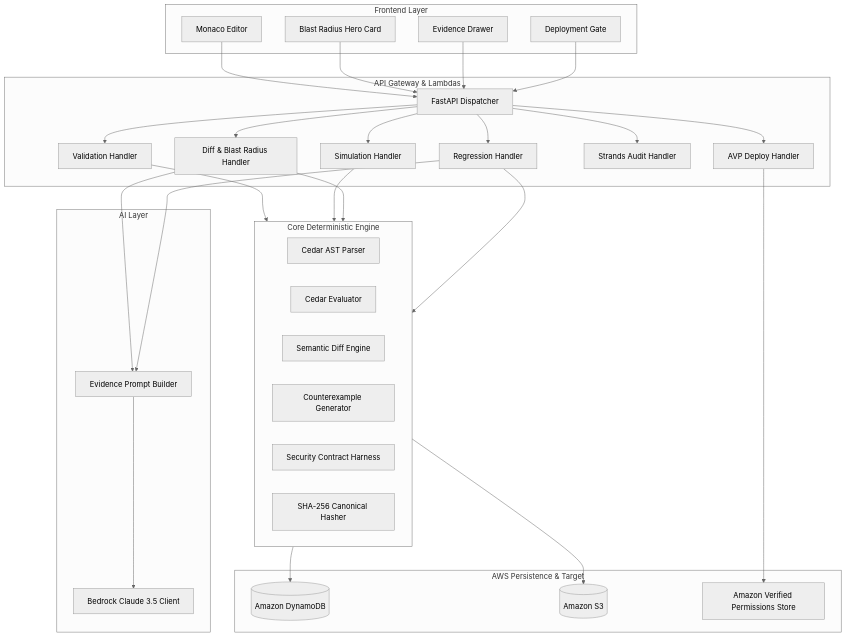
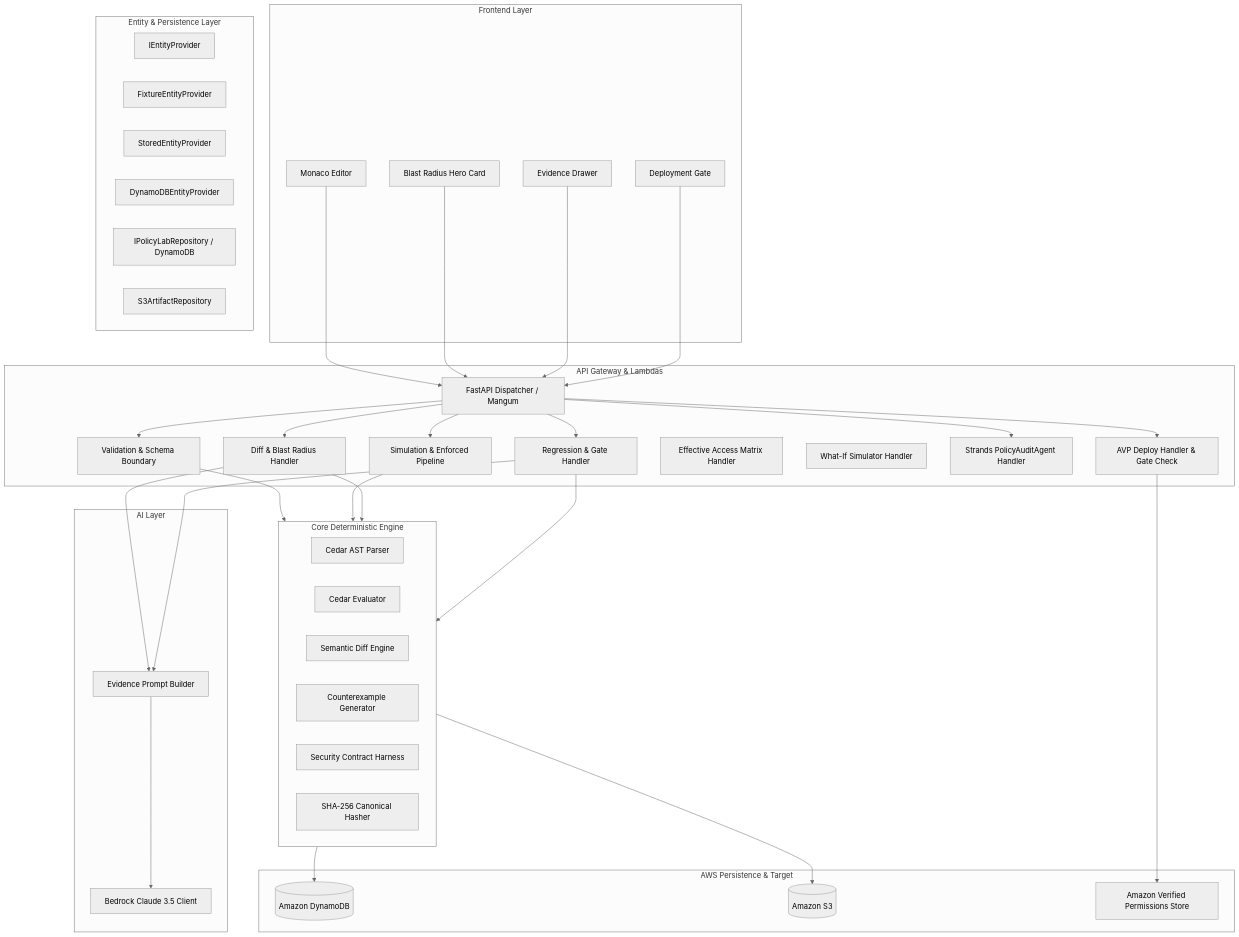
The diagram in docs/ARCHITECTURE.md (CSNEHA20/first_commit), drawn with Mermaid (neutral theme) before and after one commit. The commit also changed 36 other files, not shown here.

````diff
--- a/docs/ARCHITECTURE.md
+++ b/docs/ARCHITECTURE.md
@@ -84,49 +84,60 @@
 ```mermaid
 graph TD
     subgraph Client [Frontend Layer]
         Editor[Monaco Editor]
         HeroCard[Blast Radius Hero Card]
         Drawer[Evidence Drawer]
         GateUI[Deployment Gate]
     end
 
     subgraph API [API Gateway & Lambdas]
-        Router[FastAPI Dispatcher]
-        ValLambda[Validation Handler]
-        SimLambda[Simulation Handler]
+        Router[FastAPI Dispatcher / Mangum]
+        ValLambda[Validation & Schema Boundary]
+        SimLambda[Simulation & Enforced Pipeline]
         DiffLambda[Diff & Blast Radius Handler]
-        RegLambda[Regression Handler]
-        AuditLambda[Strands Audit Handler]
-        DeployLambda[AVP Deploy Handler]
+        RegLambda[Regression & Gate Handler]
+        MatrixLambda[Effective Access Matrix Handler]
+        WhatIfLambda[What-If Simulator Handler]
+        AuditLambda[Strands PolicyAuditAgent Handler]
+        DeployLambda[AVP Deploy Handler & Gate Check]
+    end
+
+    subgraph DataAccess [Entity & Persistence Layer]
+        EntityProv[IEntityProvider]
+        FixProv[FixtureEntityProvider]
+        StoredProv[StoredEntityProvider]
+        DynamoProv[DynamoDBEntityProvider]
+        Repo[IPolicyLabRepository / DynamoDB]
+        S3Repo[S3ArtifactRepository]
     end
 
     subgraph Domain [Core Deterministic Engine]
         Parser[Cedar AST Parser]
         Evaluator[Cedar Evaluator]
         DiffEngine[Semantic Diff Engine]
         CounterGen[Counterexample Generator]
         ContractHarness[Security Contract Harness]
         Hasher[SHA-256 Canonical Hasher]
     end
 
     subgraph AI [AI Layer]
         PromptBuilder[Evidence Prompt Builder]
         BedrockClient[Bedrock Claude 3.5 Client]
     end
 
     subgraph AWS [AWS Persistence & Target]
         DDB[(Amazon DynamoDB)]
         S3Bucket[(Amazon S3)]
         AVPStore[Amazon Verified Permissions Store]
     end
 
     Editor & HeroCard & Drawer & GateUI --> Router
     Router --> ValLambda & SimLambda & DiffLambda & RegLambda & AuditLambda & DeployLambda
     
     ValLambda & SimLambda & DiffLambda & RegLambda --> Domain
     DiffLambda & RegLambda --> PromptBuilder
     PromptBuilder --> BedrockClient
     
     Domain --> DDB & S3Bucket
     DeployLambda --> AVPStore
 ```
````
